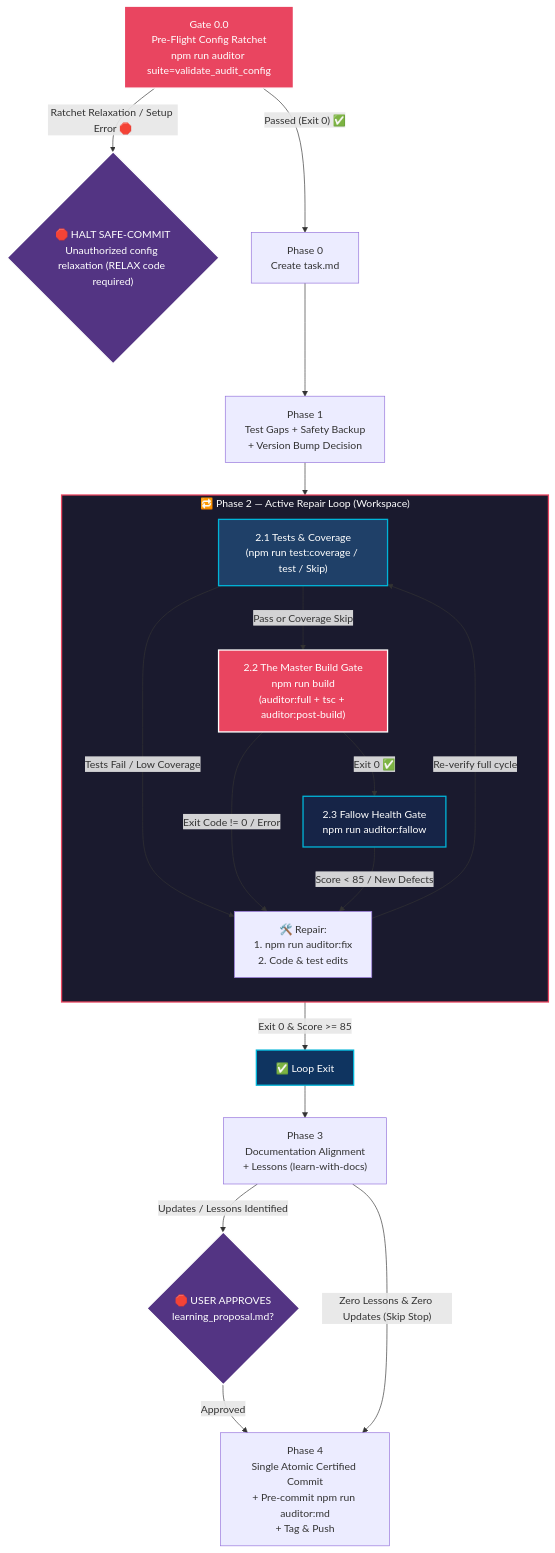
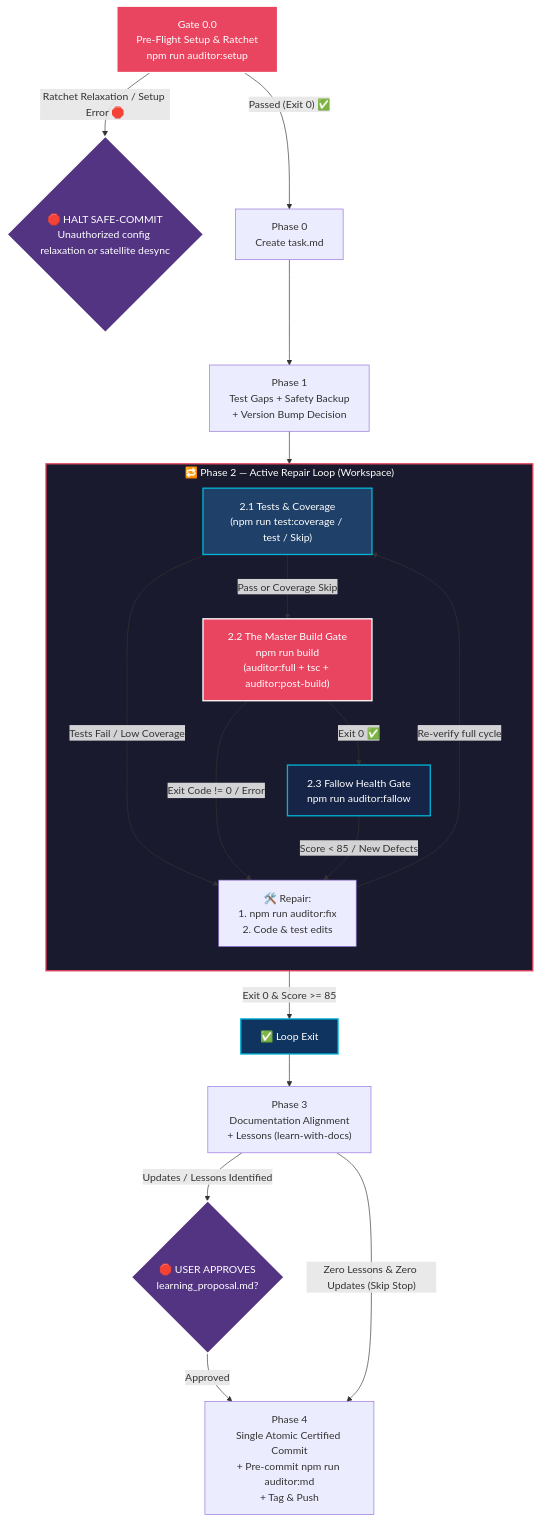
One commit to francogp/auditor changed the diagram in .agents/skills/safe-commit/SKILL.md. Above: the diagram before and after it, drawn with Mermaid. The commit also changed other lines of this file and 261 other files, not shown here.

````diff
--- a/.agents/skills/safe-commit/SKILL.md
+++ b/.agents/skills/safe-commit/SKILL.md
@@ -64,33 +66,33 @@
 ```mermaid
 graph TD
-    PRE["Gate 0.0\nPre-Flight Config Ratchet\nnpm run auditor suite=validate_audit_config"] -->|"Ratchet Relaxation / Setup Error 🛑"| STOP_PRE{"🛑 HALT SAFE-COMMIT\nUnauthorized config relaxation (RELAX code required)"}
+    PRE["Gate 0.0\nPre-Flight Setup & Ratchet\nnpm run auditor:setup"] -->|"Ratchet Relaxation / Setup Error 🛑"| STOP_PRE{"🛑 HALT SAFE-COMMIT\nUnauthorized config relaxation or satellite desync"}
     PRE -->|"Passed (Exit 0) ✅"| A0["Phase 0\nCreate task.md"]
     A0 --> A1["Phase 1\nTest Gaps + Safety Backup\n+ Version Bump Decision"]
     A1 --> LOOP
 
     subgraph LOOP ["🔁 Phase 2 — Active Repair Loop (Workspace)"]
         direction TB
         T["2.1 Tests & Coverage\n(npm run test:coverage / test / Skip)"] -->|"Pass or Coverage Skip"| B["2.2 The Master Build Gate\nnpm run build\n(auditor:full + tsc + auditor:post-build)"]
         B -->|"Exit 0 ✅"| F["2.3 Fallow Health Gate\nnpm run auditor:fallow"]
         
         T -->|"Tests Fail / Low Coverage"| REPAIR["🛠️ Repair:\n1. npm run auditor:fix\n2. Code & test edits"]
         B -->|"Exit Code != 0 / Error"| REPAIR
         F -->|"Score < 85 / New Defects"| REPAIR
         REPAIR -->|"Re-verify full cycle"| T
     end
 
     F -->|"Exit 0 & Score >= 85"| EXIT_GATE["✅ Loop Exit"]
     EXIT_GATE --> A3["Phase 3\nDocumentation Alignment\n+ Lessons (learn-with-docs)"]
     A3 -->|"Updates / Lessons Identified"| STOP1{"🛑 USER APPROVES\nlearning_proposal.md?"}
     STOP1 -->|Approved| A4["Phase 4\nSingle Atomic Certified Commit\n+ Pre-commit npm run auditor:md\n+ Tag & Push"]
     A3 -->|"Zero Lessons & Zero Updates (Skip Stop)"| A4
 
     style PRE fill:#e94560,stroke:#fff,stroke-width:2px,color:#fff
     style STOP_PRE fill:#533483,stroke:#fff,stroke-width:2px,color:#fff
     style LOOP fill:#1a1a2e,stroke:#e94560,stroke-width:2px,color:#fff
     style T fill:#1f4068,stroke:#00b4d8,stroke-width:2px,color:#fff
     style B fill:#e94560,stroke:#fff,stroke-width:2px,color:#fff
     style F fill:#162447,stroke:#00b4d8,stroke-width:2px,color:#fff
     style EXIT_GATE fill:#0f3460,stroke:#00b4d8,stroke-width:2px,color:#fff
     style STOP1 fill:#533483,stroke:#fff,stroke-width:2px,color:#fff
 ```
````
